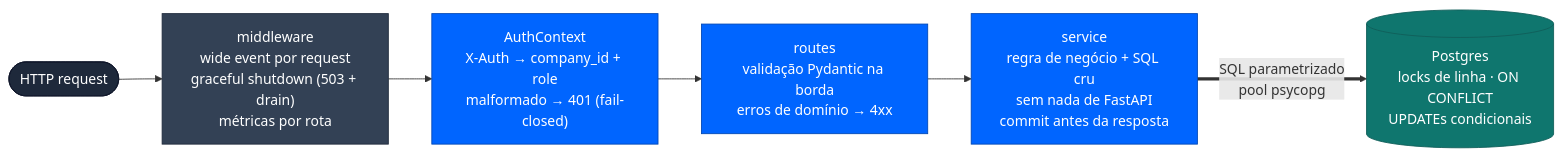
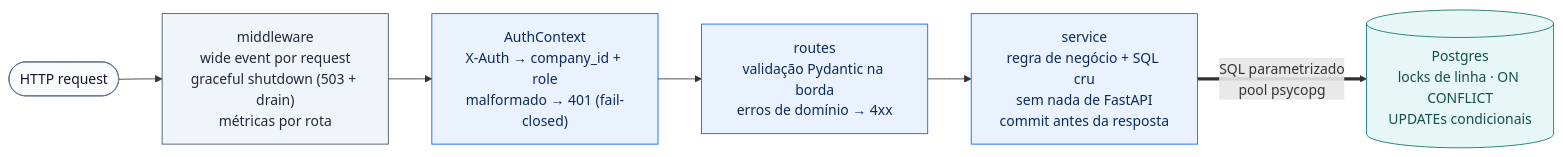
The diagram in docs/api.md (vinnedev/case-fullstack-senior), drawn with Mermaid before and after one commit. The commit also changed 6 other files, not shown here.

Commit message:
refactor(docs): update diagrams and improve readability in documentation

````diff
--- a/docs/api.md
+++ b/docs/api.md
@@ -29,13 +29,13 @@
 ```mermaid
 flowchart LR
     REQ(["HTTP request"]):::user --> M["middleware\nwide event por request\ngraceful shutdown (503 + drain)\nmétricas por rota"]:::infra
     M --> AUTH["AuthContext\nX-Auth → company_id + role\nmalformado → 401 (fail-closed)"]:::api
     AUTH --> R["routes\nvalidação Pydantic na borda\nerros de domínio → 4xx"]:::api
     R --> S["service\nregra de negócio + SQL cru\nsem nada de FastAPI\ncommit antes da resposta"]:::api
     S ==>|"SQL parametrizado\npool psycopg"| DB[("Postgres\nlocks de linha · ON CONFLICT\nUPDATEs condicionais")]:::db
 
-    classDef user fill:#1E293B,stroke:#0F172A,color:#FFFFFF
-    classDef infra fill:#334155,stroke:#1E293B,color:#FFFFFF
-    classDef api fill:#0065FF,stroke:#0047B3,color:#FFFFFF
-    classDef db fill:#0F766E,stroke:#115E59,color:#FFFFFF
+    classDef user fill:#F8FAFC,stroke:#64748B,color:#0F172A
+    classDef infra fill:#F1F5F9,stroke:#475569,color:#1E293B
+    classDef api fill:#EAF2FF,stroke:#0065FF,color:#0B2A5B
+    classDef db fill:#E6F7F5,stroke:#0F766E,color:#134E4A
 ```
````
